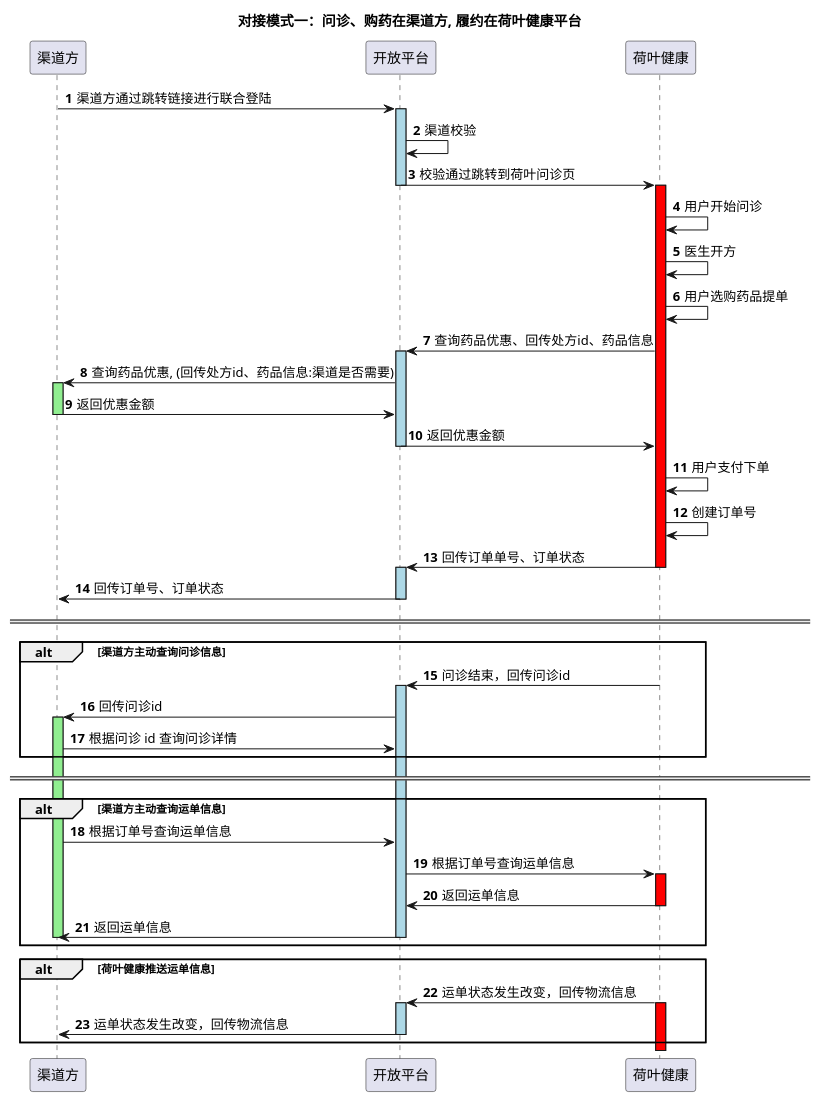
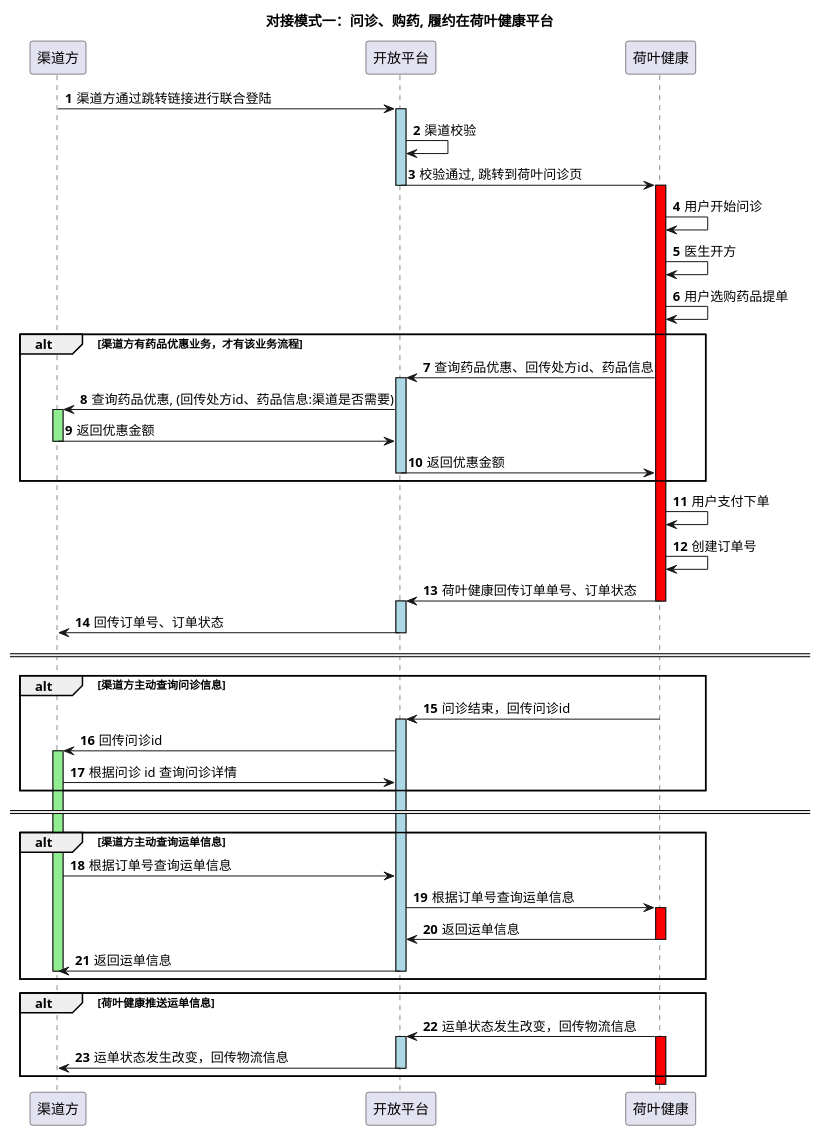
The diagram in workutil/worktest/src/main/java/com/anzhi/worktest/plantuml/heyeOpenApiPlatform-inquiryMedicinLogistics.puml (sunyue0315/Java_Record), drawn with PlantUML before and after one commit.

Commit message:
1.提交

```diff
--- a/workutil/worktest/src/main/java/com/anzhi/worktest/plantuml/heyeOpenApiPlatform-inquiryMedicinLogistics.puml
+++ b/workutil/worktest/src/main/java/com/anzhi/worktest/plantuml/heyeOpenApiPlatform-inquiryMedicinLogistics.puml
@@ -1,62 +1,64 @@
 @startuml
-title 对接模式一：问诊、购药在渠道方, 履约在荷叶健康平台
+title 对接模式一：问诊、购药, 履约在荷叶健康平台
 autonumber
 participant "渠道方" as channel
 participant "开放平台" as openApi
 participant "荷叶健康" as heye
 
 
 channel -> openApi : 渠道方通过跳转链接进行联合登陆
 activate openApi #lightBlue
     openApi -> openApi: 渠道校验
-    openApi -> heye: 校验通过跳转到荷叶问诊页
+    openApi -> heye: 校验通过, 跳转到荷叶问诊页
 deactivate openApi
 activate heye #red
 heye -> heye : 用户开始问诊
 heye -> heye : 医生开方
 heye -> heye : 用户选购药品提单
+alt 渠道方有药品优惠业务，才有该业务流程
 heye -> openApi : 查询药品优惠、回传处方id、药品信息
 activate openApi #lightBlue
     openApi -> channel : 查询药品优惠, (回传处方id、药品信息:渠道是否需要)
     activate channel #lightGreen
         channel -> openApi: 返回优惠金额
     deactivate channel
     openApi -> heye : 返回优惠金额
 deactivate openApi
+end
 heye -> heye: 用户支付下单
 heye -> heye: 创建订单号
-heye -> openApi : 回传订单单号、订单状态
+heye -> openApi : 荷叶健康回传订单单号、订单状态
 deactivate heye
 activate openApi #lightBlue
     openApi -> channel : 回传订单号、订单状态
 deactivate openApi
 ====
 alt 渠道方主动查询问诊信息
 heye -> openApi : 问诊结束，回传问诊id
 activate openApi #lightBlue
     openApi -> channel : 回传问诊id
     activate channel #lightGreen
         channel -> openApi: 根据问诊 id 查询问诊详情
 end
 ====
 alt 渠道方主动查询运单信息
 channel -> openApi: 根据订单号查询运单信息
 openApi -> heye : 根据订单号查询运单信息
 activate heye #red
     heye -> openApi: 返回运单信息
 deactivate heye
 openApi -> channel: 返回运单信息
 deactivate openApi
 deactivate channel
 end
 
 alt 荷叶健康推送运单信息
 heye -> openApi: 运单状态发生改变，回传物流信息
 activate heye #red
 activate openApi #lightBlue
     openApi -> channel: 运单状态发生改变，回传物流信息
 deactivate openApi
 
 
 end
 @enduml
```
